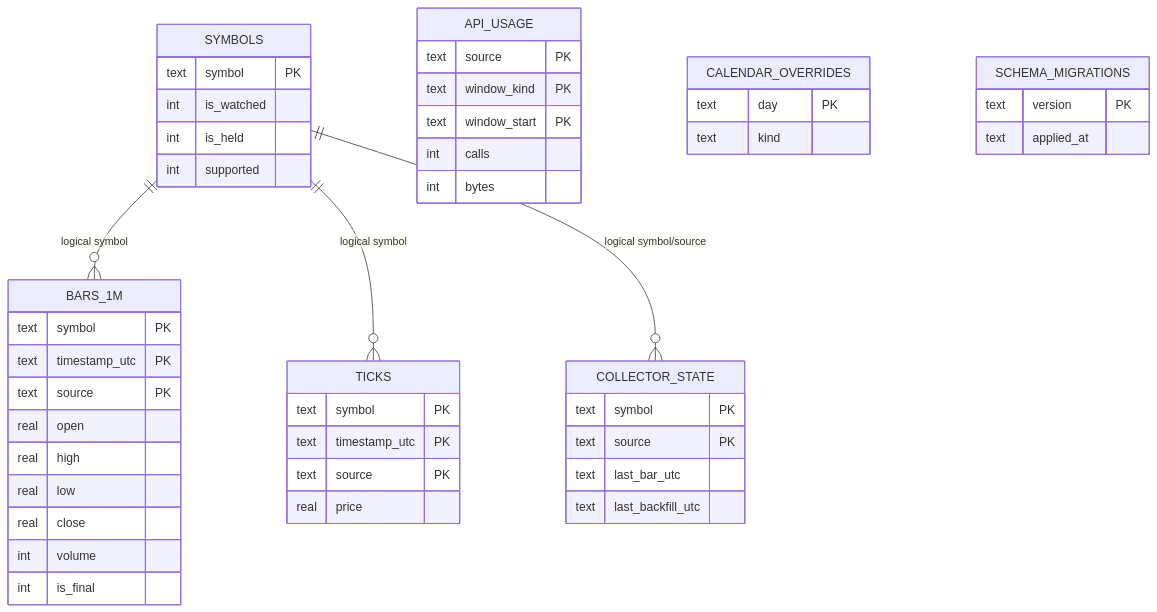
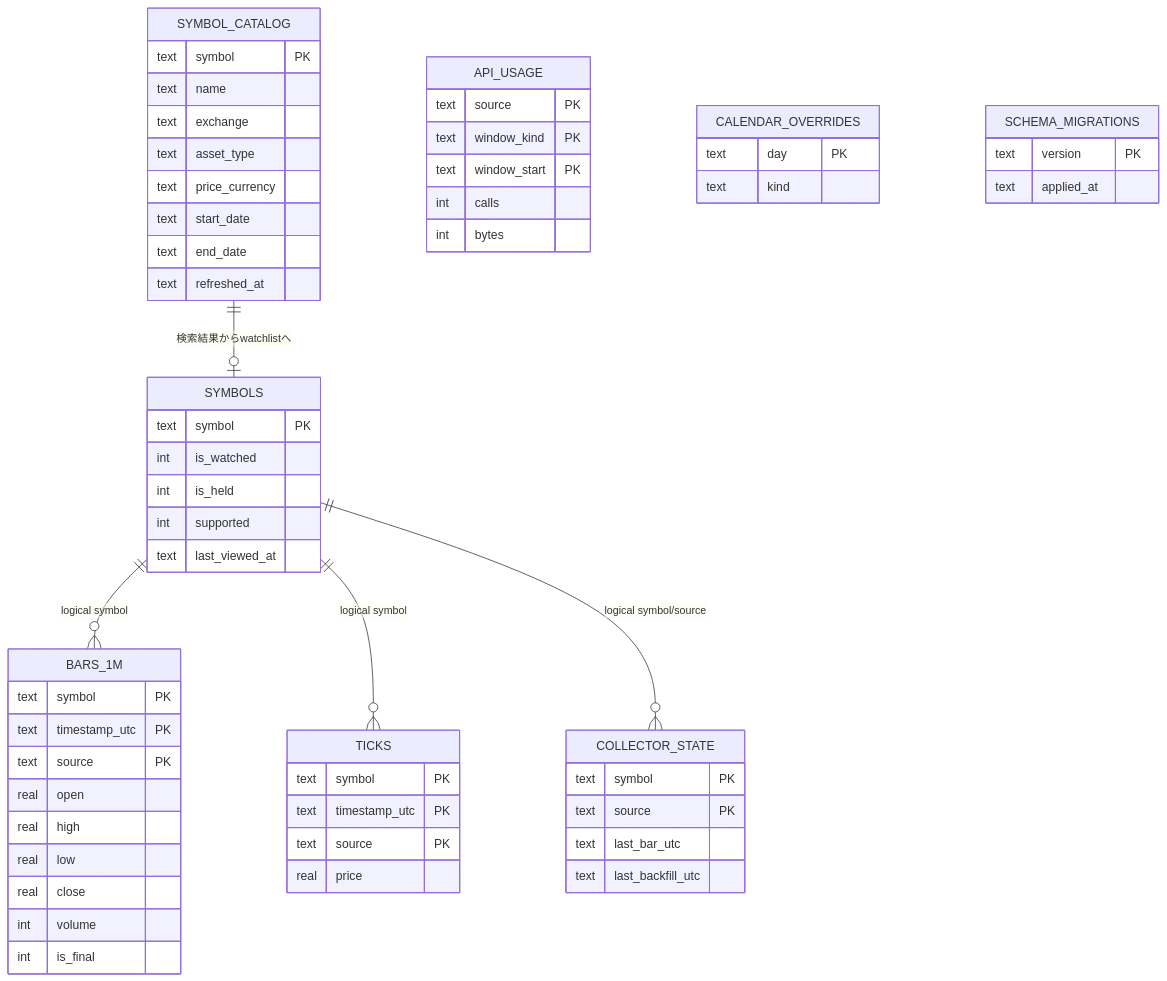
One commit to makechair/spelling-inconsistencies changed diagram 11 of 13 in docs/system-architecture.md. Above: the diagram before and after it, drawn with Mermaid. The commit also changed other lines of this file and 1 other file, not shown here.

````diff
--- a/docs/system-architecture.md
+++ b/docs/system-architecture.md
@@ -422,51 +655,63 @@
 ```mermaid
 erDiagram
     SYMBOLS {
         text symbol PK
         int is_watched
         int is_held
         int supported
+        text last_viewed_at
+    }
+    SYMBOL_CATALOG {
+        text symbol PK
+        text name
+        text exchange
+        text asset_type
+        text price_currency
+        text start_date
+        text end_date
+        text refreshed_at
     }
     BARS_1M {
         text symbol PK
         text timestamp_utc PK
         text source PK
         real open
         real high
         real low
         real close
         int volume
         int is_final
     }
     TICKS {
         text symbol PK
         text timestamp_utc PK
         text source PK
         real price
     }
     API_USAGE {
         text source PK
         text window_kind PK
         text window_start PK
         int calls
         int bytes
     }
     COLLECTOR_STATE {
         text symbol PK
         text source PK
         text last_bar_utc
         text last_backfill_utc
     }
     CALENDAR_OVERRIDES {
         text day PK
         text kind
     }
     SCHEMA_MIGRATIONS {
         text version PK
         text applied_at
     }
 
     SYMBOLS ||--o{ BARS_1M : "logical symbol"
     SYMBOLS ||--o{ TICKS : "logical symbol"
     SYMBOLS ||--o{ COLLECTOR_STATE : "logical symbol/source"
+    SYMBOL_CATALOG ||--o| SYMBOLS : "検索結果からwatchlistへ"
 ```
````
